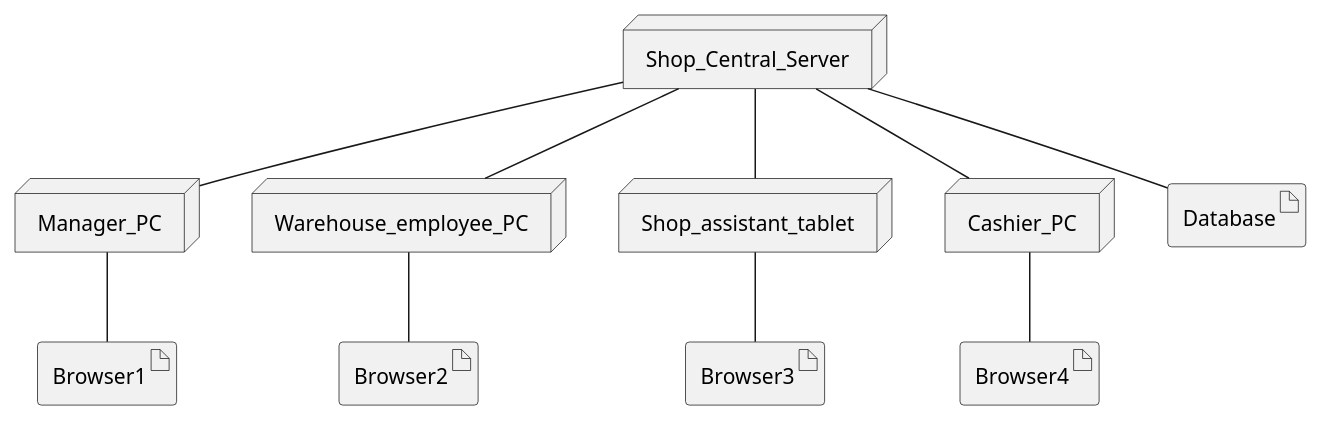
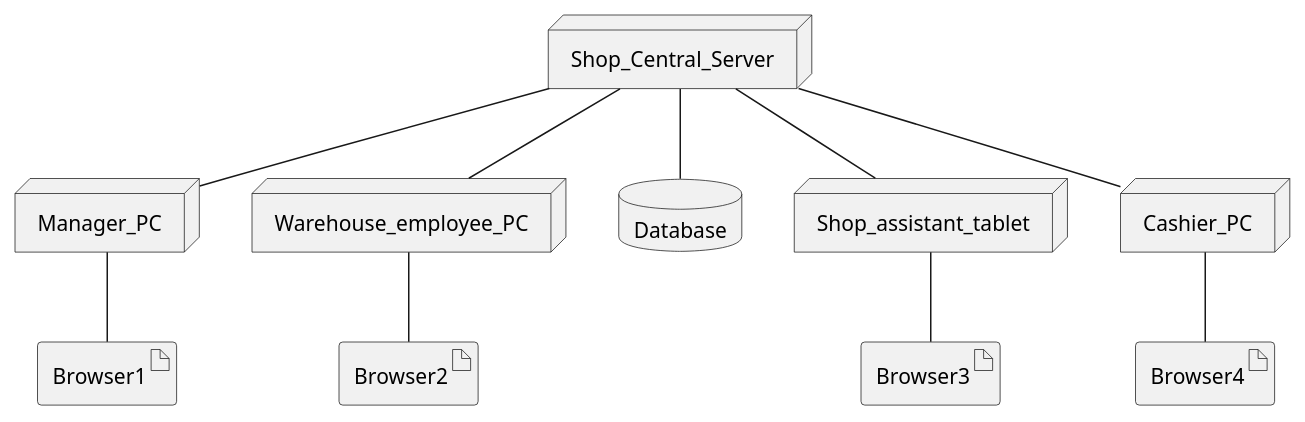
One commit to marco-ballario/EzShop changed the third of 3 diagrams in Deliverables/RequirementsDocument.md. Above: the diagram before and after it, drawn with PlantUML. The commit also changed other lines of this file, not shown here.

````diff
--- a/Deliverables/RequirementsDocument.md
+++ b/Deliverables/RequirementsDocument.md
@@ -444,25 +441,24 @@
 ```plantuml
 node Manager_PC
 node Warehouse_employee_PC
+database Database
 node Shop_assistant_tablet
 node Cashier_PC
+node Shop_Central_Server
 
 artifact Browser1
 artifact Browser2
 artifact Browser3
 artifact Browser4
 
-artifact Database
-node Shop_Central_Server
-
-
 Shop_Central_Server -- Manager_PC
 Shop_Central_Server -- Warehouse_employee_PC
+Shop_Central_Server -- Database
 Shop_Central_Server -- Shop_assistant_tablet
 Shop_Central_Server -- Cashier_PC
 Manager_PC -- Browser1
 Shop_assistant_tablet -- Browser3
 Warehouse_employee_PC -- Browser2
 Cashier_PC -- Browser4
-Shop_Central_Server -- Database
+
 ```
````
